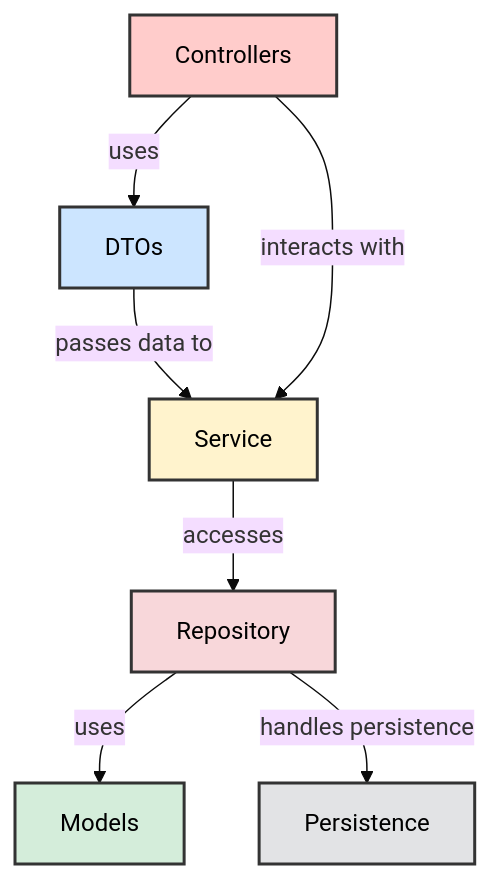
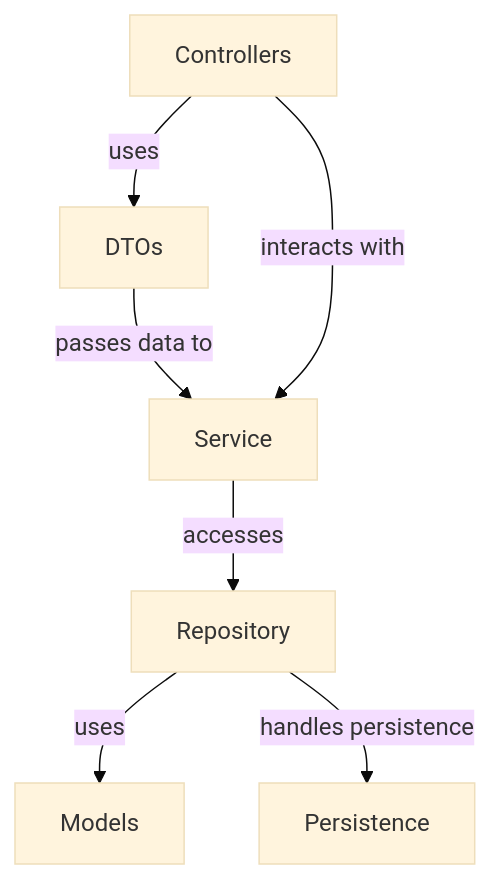
The first of 2 diagrams in Architecture.md (hernan32/hornerito), drawn with Mermaid (base theme) before and after one commit. The commit also changed other lines of this file, not shown here.

````diff
--- a/Architecture.md
+++ b/Architecture.md
@@ -1,15 +1,9 @@
 ```mermaid
-graph TD
-    style Controllers fill: #ffcccb, stroke: #333, stroke-width: 2px, color: #000
-    style DTOs fill: #cce5ff, stroke: #333, stroke-width: 2px, color: #000
-    style Models fill: #d4edda, stroke: #333, stroke-width: 2px, color: #000
-    style Repository fill: #f8d7da, stroke: #333, stroke-width: 2px, color: #000
-    style Service fill: #fff3cd, stroke: #333, stroke-width: 2px, color: #000
-    style Persistence fill: #e2e3e5, stroke: #333, stroke-width: 2px, color: #000
+graph TD  
     Controllers -->|uses| DTOs
     DTOs -->|passes data to| Service
     Service -->|accesses| Repository
     Repository -->|uses| Models
     Controllers -->|interacts with| Service
     Repository -->|handles persistence| Persistence
 ```
````
